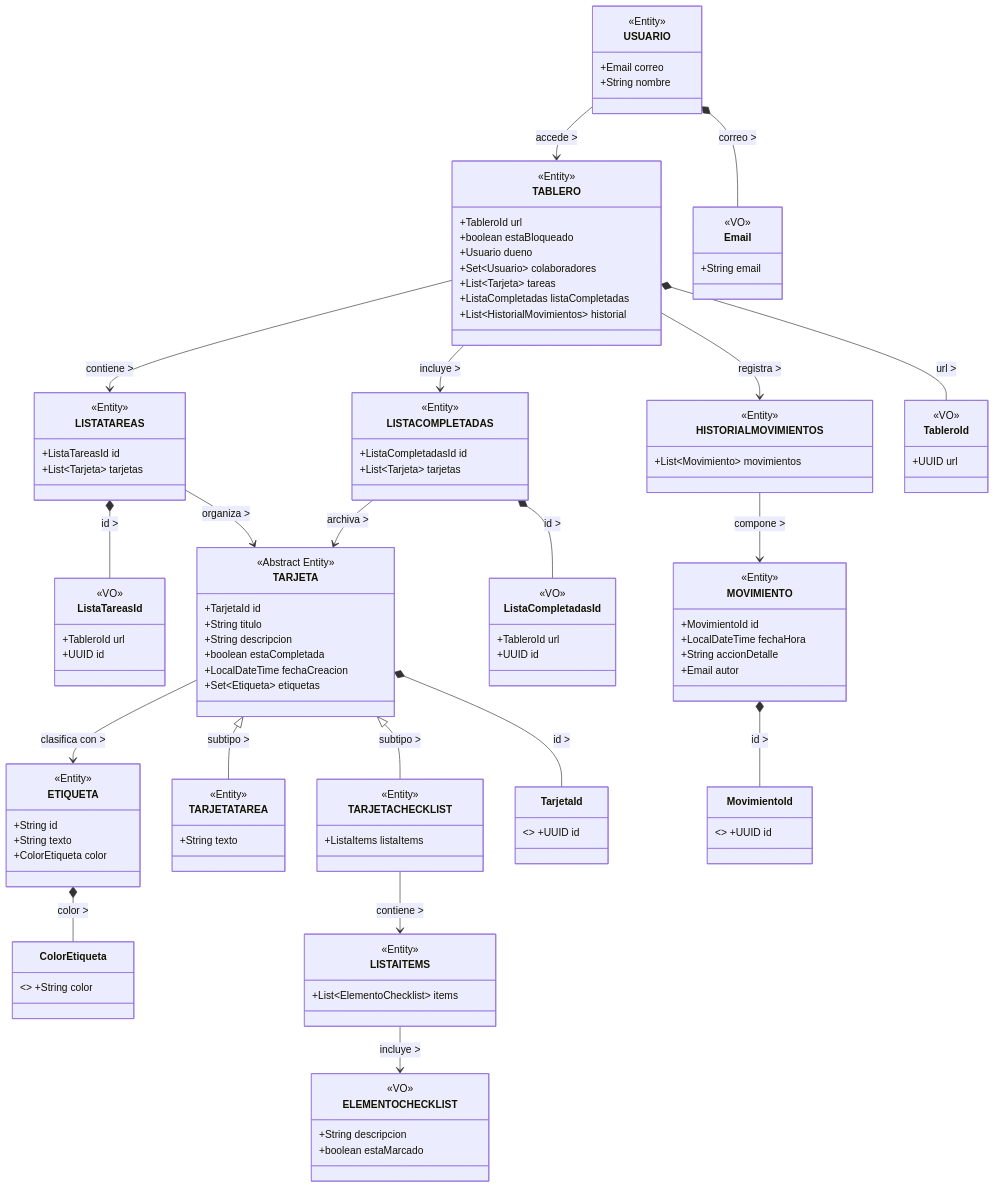
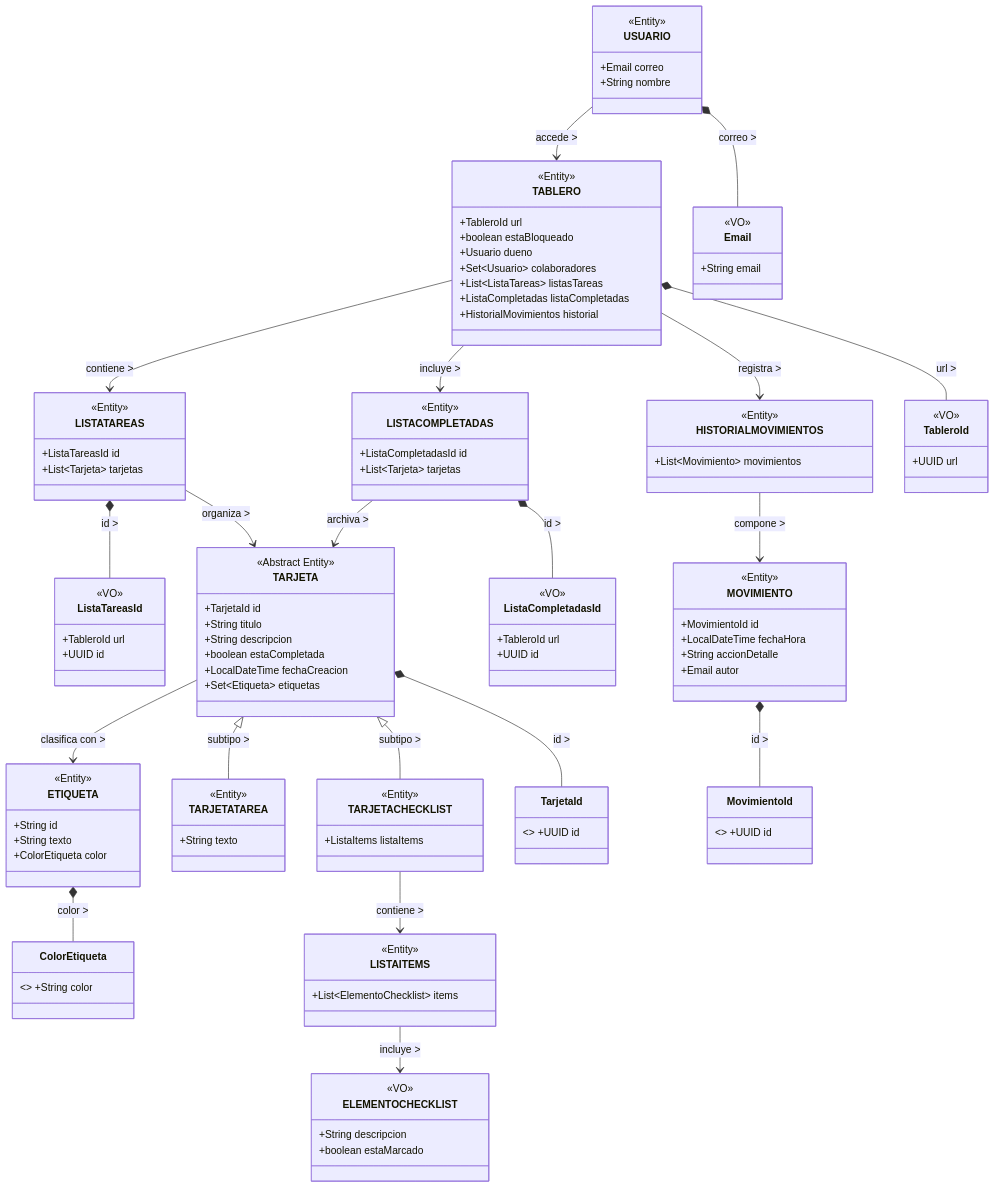
The diagram in docs/DDDLO.md (HCalipo/PDS), drawn with Mermaid before and after one commit. The commit also changed other lines of this file, not shown here.

```diff
--- a/docs/DDDLO.md
+++ b/docs/DDDLO.md
@@ -44,9 +55,9 @@
       +boolean estaBloqueado
       +Usuario dueno
       +Set~Usuario~ colaboradores
-      +List~Tarjeta~ tareas
+      +List~ListaTareas~ listasTareas
       +ListaCompletadas listaCompletadas
-      +List~HistorialMovimientos~ historial
+      +HistorialMovimientos historial
     }
 
     class LISTATAREAS {
```
